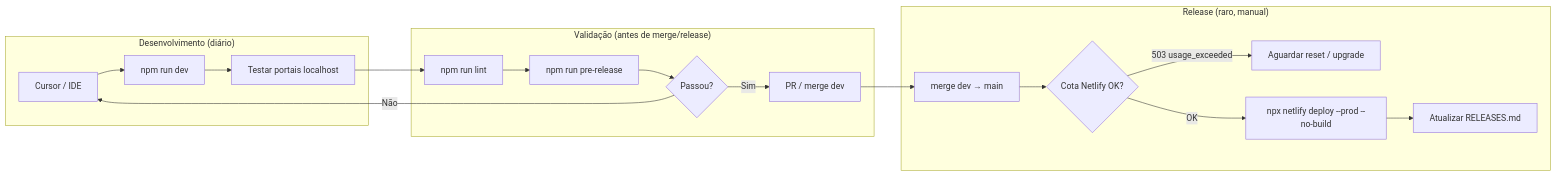
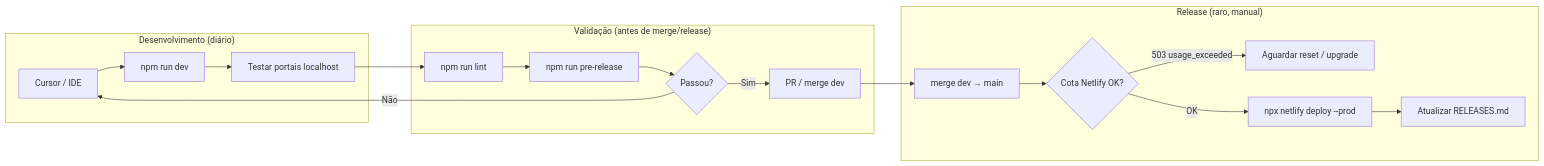
One commit to Piulres/sistema-bibi changed the diagram in docs/plataforma/OPERACOES.md. Above: the diagram before and after it, drawn with Mermaid. The commit also changed other lines of this file and 7 other files, not shown here.

First line of the commit message:
docs(deploy): corrigir pipeline — não usar --no-build com Next.js

````diff
--- a/docs/plataforma/OPERACOES.md
+++ b/docs/plataforma/OPERACOES.md
@@ -15,24 +15,24 @@
 ```mermaid
 flowchart LR
   subgraph Dev["Desenvolvimento (diário)"]
     A[Cursor / IDE] --> B[npm run dev]
     B --> C[Testar portais localhost]
   end
 
   subgraph Validação["Validação (antes de merge/release)"]
     D[npm run lint] --> E[npm run pre-release]
     E --> F{Passou?}
     F -->|Não| A
     F -->|Sim| G[PR / merge dev]
   end
 
   subgraph Release["Release (raro, manual)"]
     G --> G2[merge dev → main]
     G2 --> H{Cota Netlify OK?}
     H -->|503 usage_exceeded| I[Aguardar reset / upgrade]
-    H -->|OK| J["npx netlify deploy --prod --no-build"]
+    H -->|OK| J["npx netlify deploy --prod"]
     J --> K[Atualizar RELEASES.md]
   end
 
   C --> D
 ```
````
